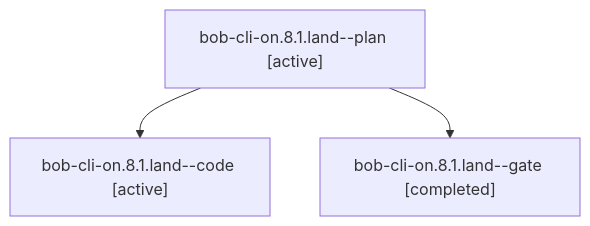
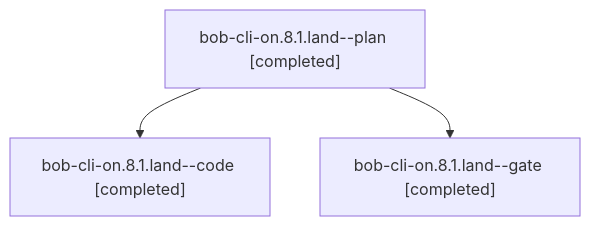
The diagram in sessions/bbugyi200.athena.bob-cli-on.8.1.land.md (bobs-org/bob-cli--agents), drawn with Mermaid before and after one commit. The commit also changed other lines of this file and 102 other files, not shown here.

````diff
--- a/sessions/bbugyi200.athena.bob-cli-on.8.1.land.md
+++ b/sessions/bbugyi200.athena.bob-cli-on.8.1.land.md
@@ -9,8 +9,8 @@
 ```mermaid
 flowchart TD
-  n0["bob-cli-on.8.1.land--plan [active]"]
-  n1["bob-cli-on.8.1.land--code [active]"]
+  n0["bob-cli-on.8.1.land--plan [completed]"]
+  n1["bob-cli-on.8.1.land--code [completed]"]
   n0 --> n1
   n2["bob-cli-on.8.1.land--gate [completed]"]
   n0 --> n2
 ```
````
